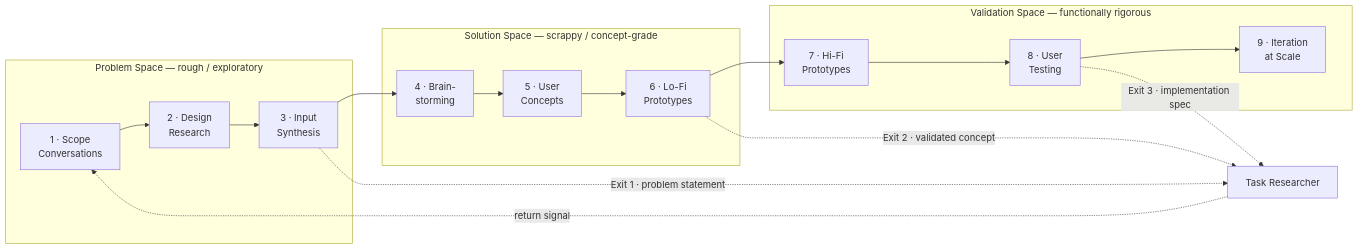
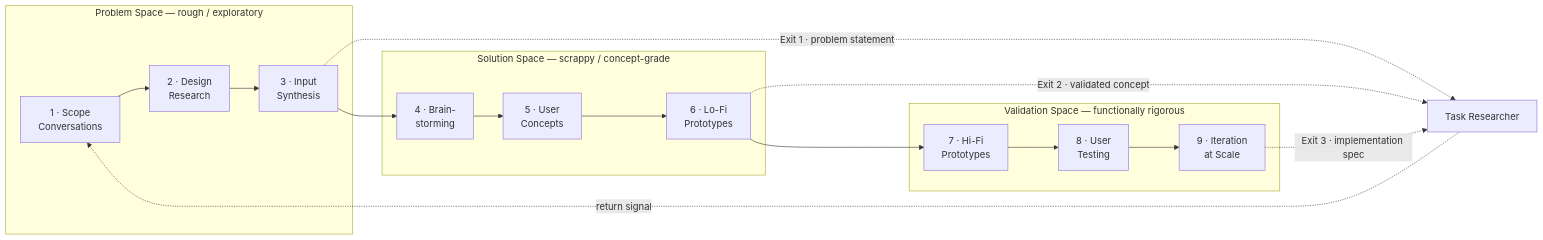
The diagram in docs/design-thinking/README.md (microsoft/hve-core), drawn with Mermaid before and after one commit. The commit also changed 7 other files, not shown here.

````diff
--- a/docs/design-thinking/README.md
+++ b/docs/design-thinking/README.md
@@ -33,23 +33,23 @@
 ```mermaid
 flowchart LR
     subgraph problem["Problem Space — rough / exploratory"]
         M1["1 · Scope<br/>Conversations"] --> M2["2 · Design<br/>Research"] --> M3["3 · Input<br/>Synthesis"]
     end
 
     subgraph solution["Solution Space — scrappy / concept-grade"]
         M4["4 · Brain-<br/>storming"] --> M5["5 · User<br/>Concepts"] --> M6["6 · Lo-Fi<br/>Prototypes"]
     end
 
     subgraph validation["Validation Space — functionally rigorous"]
         M7["7 · Hi-Fi<br/>Prototypes"] --> M8["8 · User<br/>Testing"] --> M9["9 · Iteration<br/>at Scale"]
     end
 
     M3 --> M4
     M6 --> M7
 
     M3 -.->|"Exit 1 · problem statement"| TR["Task Researcher"]
     M6 -.->|"Exit 2 · validated concept"| TR
-    M8 -.->|"Exit 3 · implementation spec"| TR
+    M9 -.->|"Exit 3 · implementation spec"| TR
 
     TR -.->|"return signal"| M1
 ```
````
